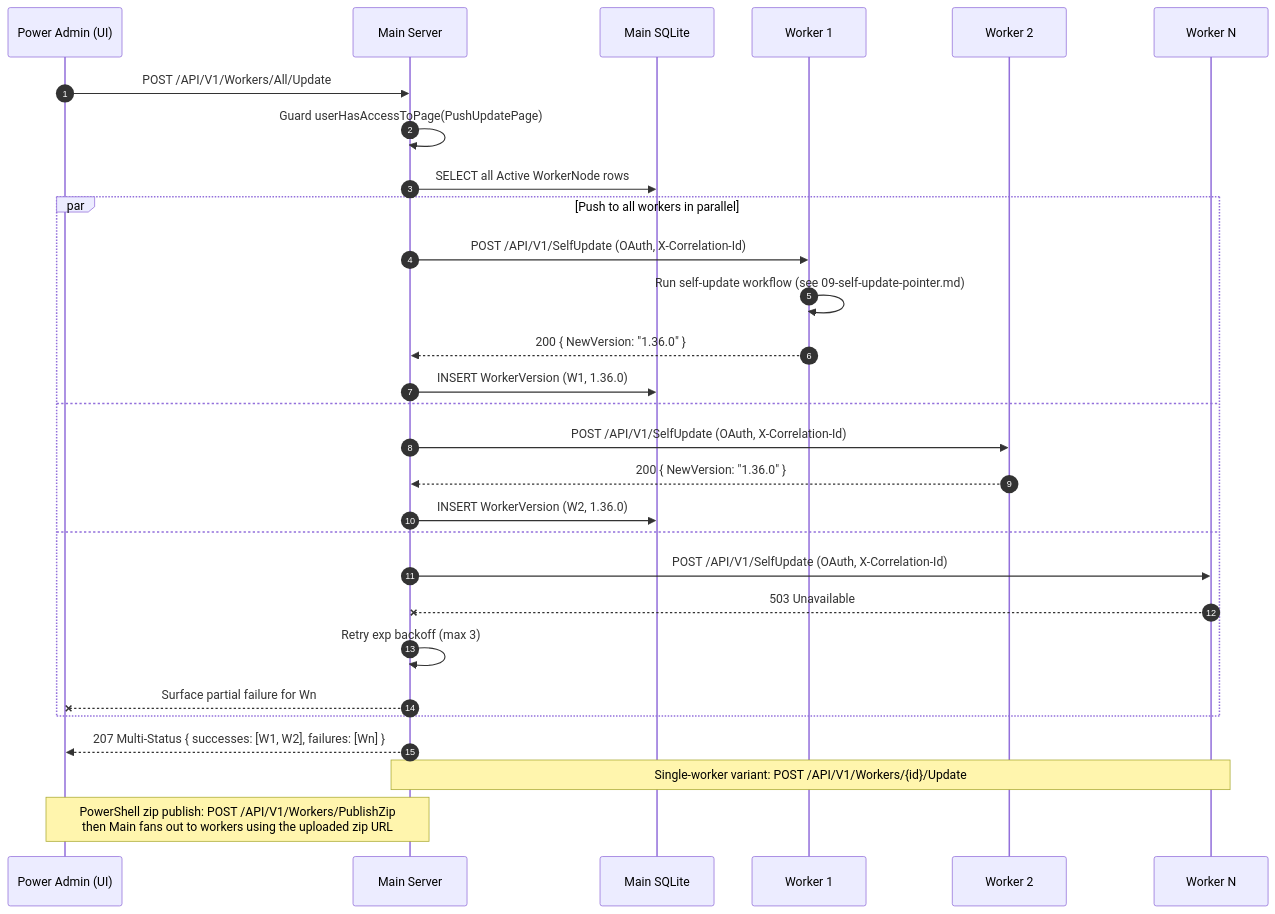
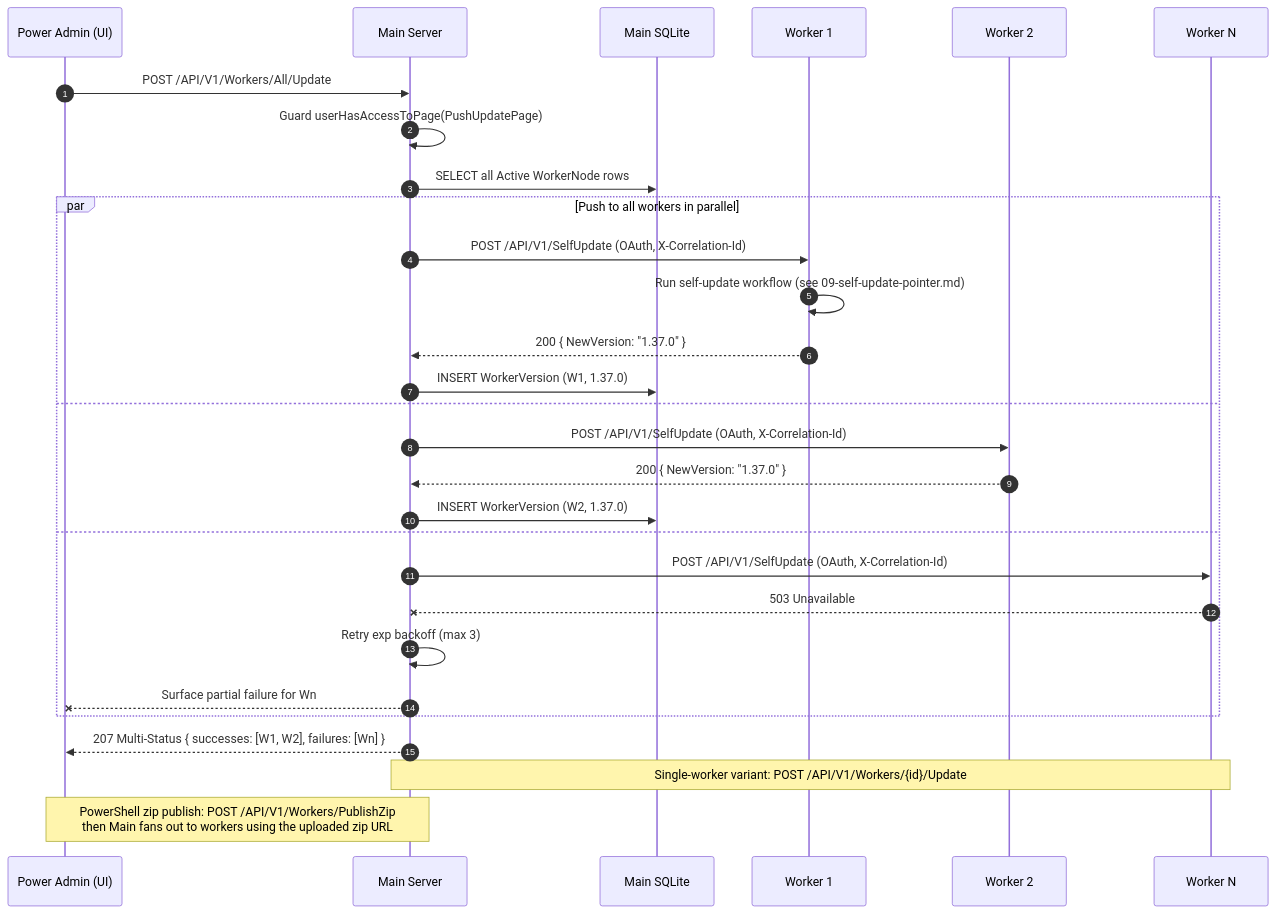
One commit to alimtvnetwork/prompt-architect-v2 changed the diagram in spec/19-main-worker-service/diagrams/seq-push-update.mmd. Above: the diagram before and after it, drawn with Mermaid. The commit also changed 15 other files, not shown here.

```diff
--- a/spec/19-main-worker-service/diagrams/seq-push-update.mmd
+++ b/spec/19-main-worker-service/diagrams/seq-push-update.mmd
@@ -1,43 +1,43 @@
 %% ==========================================================
 %% NON-AUTHORITATIVE PROJECTION
 %% ==========================================================
 %% Subject:        Power-Admin push-update fan-out
 %% Authoritative:  spec/14-update/28-worker-push-instruction.md + spec/19/15-tunable-constants.md
 %% Status:         Illustrative only. If this diagram disagrees
 %%                 with the authoritative spec(s) above, the
 %%                 spec wins and this file is the bug.
 %% Banner version: 1.0.0 (2026-05-04, audit fix #9)
 %% ==========================================================
 sequenceDiagram
     autonumber
     participant Admin as Power Admin (UI)
     participant Main as Main Server
     participant DB as Main SQLite
     participant W1 as Worker 1
     participant W2 as Worker 2
     participant Wn as Worker N
 
     Admin->>Main: POST /API/V1/Workers/All/Update
     Main->>Main: Guard userHasAccessToPage(PushUpdatePage)
     Main->>DB: SELECT all Active WorkerNode rows
 
     par Push to all workers in parallel
         Main->>W1: POST /API/V1/SelfUpdate (OAuth, X-Correlation-Id)
         W1->>W1: Run self-update workflow (see 09-self-update-pointer.md)
-        W1-->>Main: 200 { NewVersion: "1.36.0" }
-        Main->>DB: INSERT WorkerVersion (W1, 1.36.0)
+        W1-->>Main: 200 { NewVersion: "1.37.0" }
+        Main->>DB: INSERT WorkerVersion (W1, 1.37.0)
     and
         Main->>W2: POST /API/V1/SelfUpdate (OAuth, X-Correlation-Id)
-        W2-->>Main: 200 { NewVersion: "1.36.0" }
-        Main->>DB: INSERT WorkerVersion (W2, 1.36.0)
+        W2-->>Main: 200 { NewVersion: "1.37.0" }
+        Main->>DB: INSERT WorkerVersion (W2, 1.37.0)
     and
         Main->>Wn: POST /API/V1/SelfUpdate (OAuth, X-Correlation-Id)
         Wn--xMain: 503 Unavailable
         Main->>Main: Retry exp backoff (max 3)
         Main--xAdmin: Surface partial failure for Wn
     end
 
     Main-->>Admin: 207 Multi-Status { successes: [W1, W2], failures: [Wn] }
 
     Note over Main,Wn: Single-worker variant: POST /API/V1/Workers/{id}/Update
     Note over Admin,Main: PowerShell zip publish: POST /API/V1/Workers/PublishZip<br/>then Main fans out to workers using the uploaded zip URL
```
